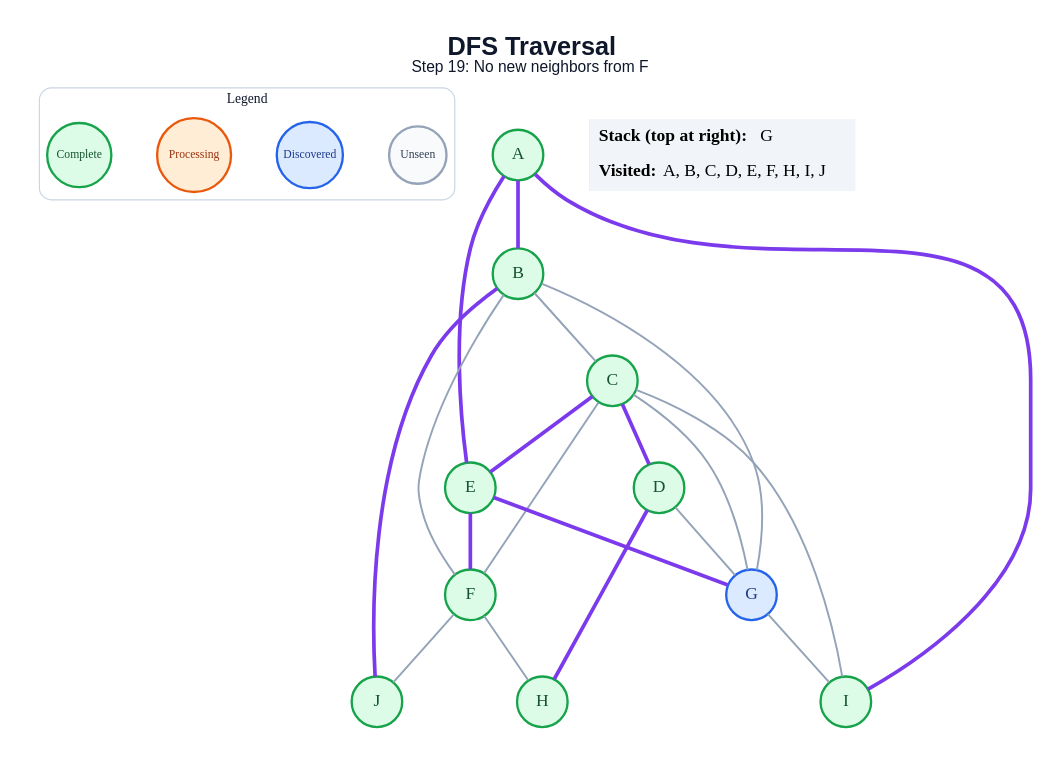
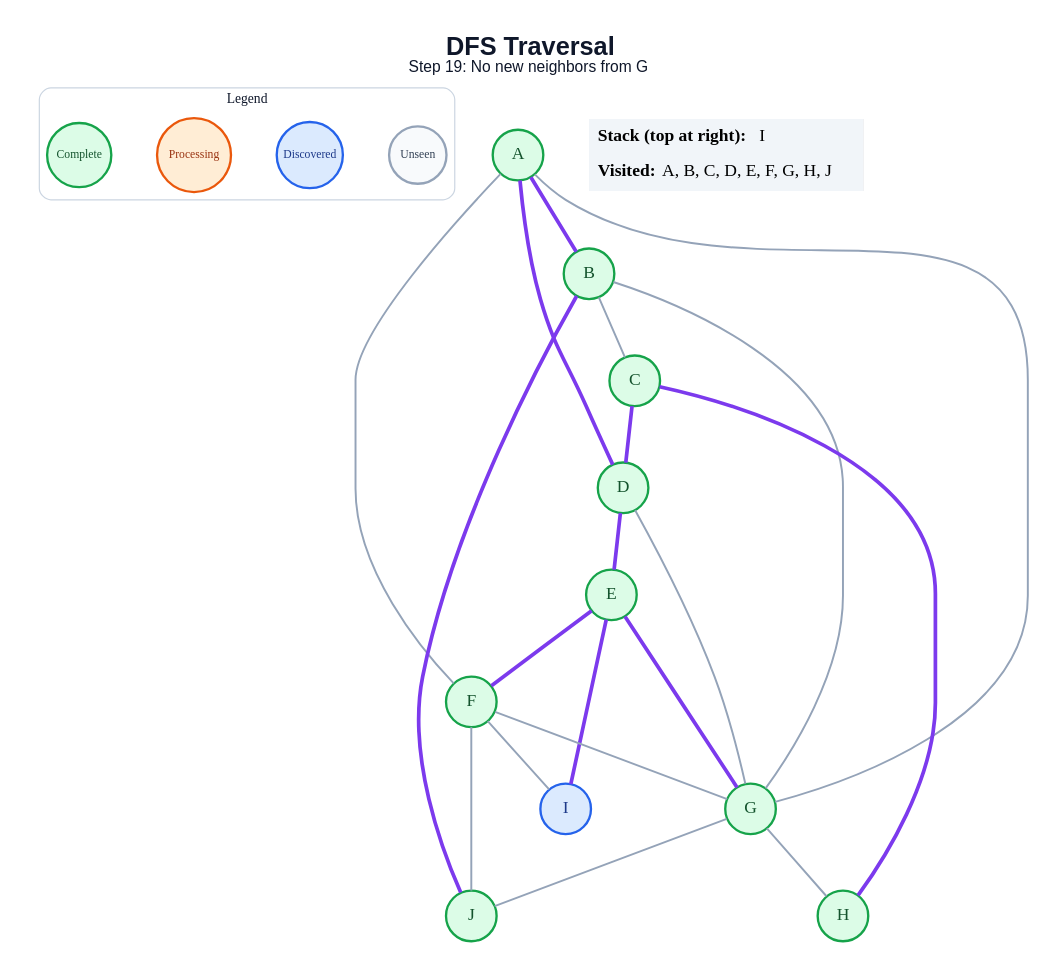
Before and after one commit to amanghodawala9/ai-slop: the diagram in generated/specific-node/dfs/step_19.dot, drawn with Graphviz. The commit also changed 178 other files, not shown here.

```diff
--- a/generated/specific-node/dfs/step_19.dot
+++ b/generated/specific-node/dfs/step_19.dot
@@ -1,48 +1,48 @@
 graph traversal {
   graph [layout=dot, rankdir=TB, bgcolor="#FFFFFF", pad="0.35", nodesep="0.65", ranksep="0.8", fontname="Arial"];
   node [shape=circle, style="filled", fontname="Arial Bold", fontsize=18, width=0.72, fixedsize=true, penwidth=2.4];
   edge [color="#94A3B8", penwidth=2.0];
-  label=<<B>DFS Traversal</B><BR/><FONT POINT-SIZE="16">Step 19: No new neighbors from F</FONT>>; labelloc="t"; fontsize=26; fontname="Arial"; fontcolor="#0F172A";
+  label=<<B>DFS Traversal</B><BR/><FONT POINT-SIZE="16">Step 19: No new neighbors from G</FONT>>; labelloc="t"; fontsize=26; fontname="Arial"; fontcolor="#0F172A";
   subgraph cluster_legend { label="Legend"; color="#CBD5E1"; penwidth=1.2; style="rounded"; fontsize=14; fontname="Arial Bold";
     key_unseen [label="Unseen", fillcolor="#F8FAFC", color="#94A3B8", fontcolor="#334155", fontsize=12, width=0.82];
     key_frontier [label="Discovered", fillcolor="#DBEAFE", color="#2563EB", fontcolor="#1E3A8A", fontsize=12, width=0.95];
     key_current [label="Processing", fillcolor="#FFEDD5", color="#EA580C", fontcolor="#9A3412", fontsize=12, width=1.05];
     key_done [label="Complete", fillcolor="#DCFCE7", color="#16A34A", fontcolor="#14532D", fontsize=12, width=0.92];
     { rank=same; key_unseen; key_frontier; key_current; key_done; }
   }
   A [fillcolor="#DCFCE7", color="#16A34A", fontcolor="#14532D"];
   B [fillcolor="#DCFCE7", color="#16A34A", fontcolor="#14532D"];
   C [fillcolor="#DCFCE7", color="#16A34A", fontcolor="#14532D"];
   D [fillcolor="#DCFCE7", color="#16A34A", fontcolor="#14532D"];
   E [fillcolor="#DCFCE7", color="#16A34A", fontcolor="#14532D"];
   F [fillcolor="#DCFCE7", color="#16A34A", fontcolor="#14532D"];
-  G [fillcolor="#DBEAFE", color="#2563EB", fontcolor="#1E3A8A"];
+  G [fillcolor="#DCFCE7", color="#16A34A", fontcolor="#14532D"];
   H [fillcolor="#DCFCE7", color="#16A34A", fontcolor="#14532D"];
-  I [fillcolor="#DCFCE7", color="#16A34A", fontcolor="#14532D"];
+  I [fillcolor="#DBEAFE", color="#2563EB", fontcolor="#1E3A8A"];
   J [fillcolor="#DCFCE7", color="#16A34A", fontcolor="#14532D"];
   A -- B [color="#7C3AED", penwidth=3.8];
-  A -- E [color="#7C3AED", penwidth=3.8];
-  A -- I [color="#7C3AED", penwidth=3.8];
+  A -- D [color="#7C3AED", penwidth=3.8];
+  A -- F;
+  A -- G;
   B -- C;
-  B -- F;
   B -- G;
   B -- J [color="#7C3AED", penwidth=3.8];
   C -- D [color="#7C3AED", penwidth=3.8];
-  C -- E [color="#7C3AED", penwidth=3.8];
-  C -- F;
-  C -- G;
-  C -- I;
+  C -- H [color="#7C3AED", penwidth=3.8];
+  D -- E [color="#7C3AED", penwidth=3.8];
   D -- G;
-  D -- H [color="#7C3AED", penwidth=3.8];
   E -- F [color="#7C3AED", penwidth=3.8];
   E -- G [color="#7C3AED", penwidth=3.8];
-  F -- H;
+  E -- I [color="#7C3AED", penwidth=3.8];
+  F -- G;
+  F -- I;
   F -- J;
-  G -- I;
+  G -- H;
+  G -- J;
   status [shape=plain, fixedsize=false, width=0, height=0, margin=0, label=<
     <TABLE BORDER="0" CELLBORDER="0" CELLPADDING="7" BGCOLOR="#F1F5F9">
-      <TR><TD ALIGN="LEFT"><B>Stack (top at right):</B> G</TD></TR>
-      <TR><TD ALIGN="LEFT"><B>Visited:</B> A, B, C, D, E, F, H, I, J</TD></TR>
+      <TR><TD ALIGN="LEFT"><B>Stack (top at right):</B> I</TD></TR>
+      <TR><TD ALIGN="LEFT"><B>Visited:</B> A, B, C, D, E, F, G, H, J</TD></TR>
     </TABLE>
   >];
 }
```
